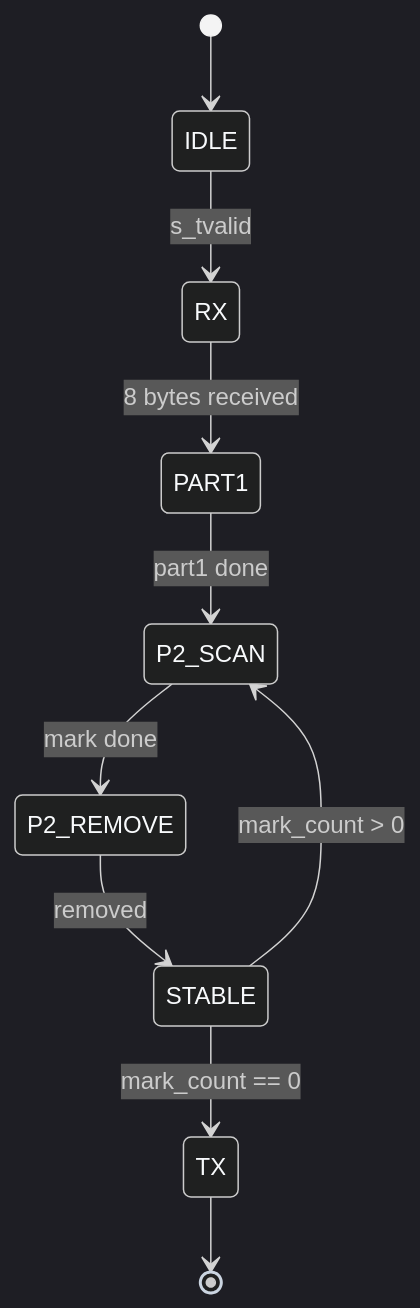
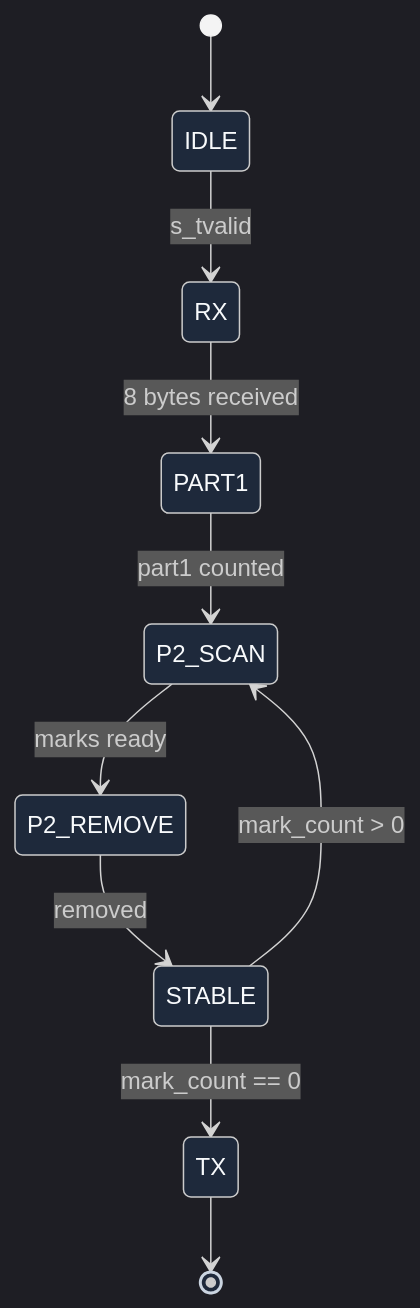
Before and after one commit to s99048100-code/aoc-day4-sky130: the diagram in README.md, drawn with Mermaid. The commit also changed other lines of this file and 5 other files, not shown here.

````diff
--- a/README.md
+++ b/README.md
@@ -24,13 +24,13 @@
 ```mermaid
-%%{init: {'theme':'dark', 'themeVariables': {'darkMode':true, 'background':'#000000', 'primaryColor':'#1e293b', 'primaryTextColor':'#f8fafc', 'primaryBorderColor':'#94a3b8', 'lineColor':'#cbd5e1'}}}%%
+%%{init: {'theme':'dark', 'themeVariables': {'darkMode':true, 'background':'#000000', 'primaryColor':'#1e293b', 'primaryTextColor':'#f8fafc', 'primaryBorderColor':'#94a3b8', 'lineColor':'#cbd5e1', 'mainBkg':'#1e293b'}}}%%
 stateDiagram-v2
     [*] --> IDLE
     IDLE --> RX : s_tvalid
     RX --> PART1 : 8 bytes received
-    PART1 --> P2_SCAN : part1 done
-    P2_SCAN --> P2_REMOVE : mark done
+    PART1 --> P2_SCAN : part1 counted
+    P2_SCAN --> P2_REMOVE : marks ready
     P2_REMOVE --> STABLE : removed
+    STABLE --> P2_SCAN : mark_count > 0
     STABLE --> TX : mark_count == 0
-    STABLE --> P2_SCAN : mark_count > 0
     TX --> [*]
 ```
````
